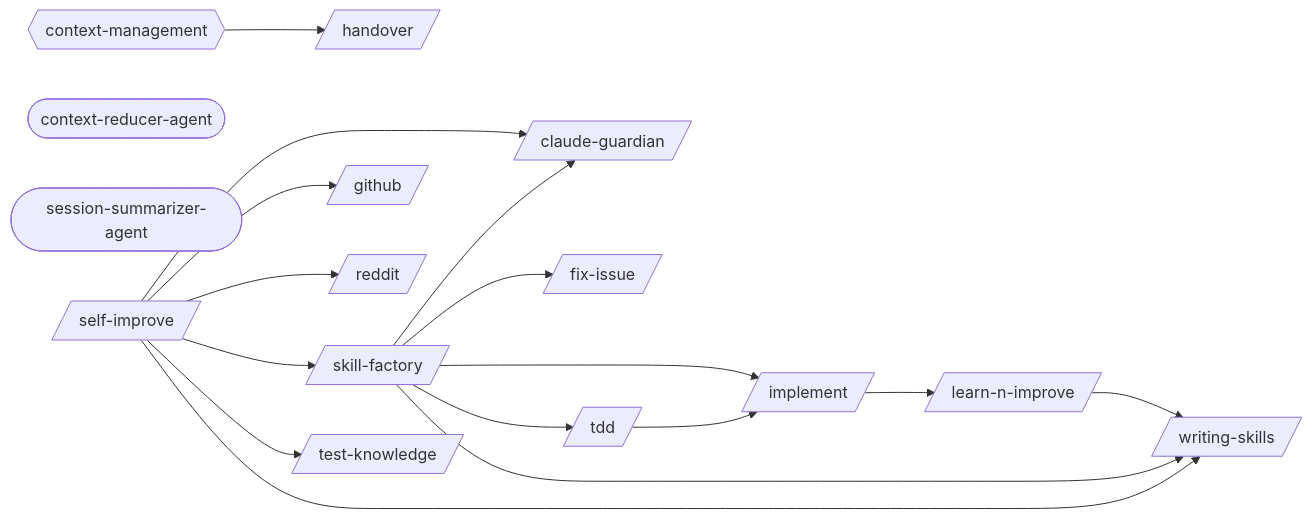
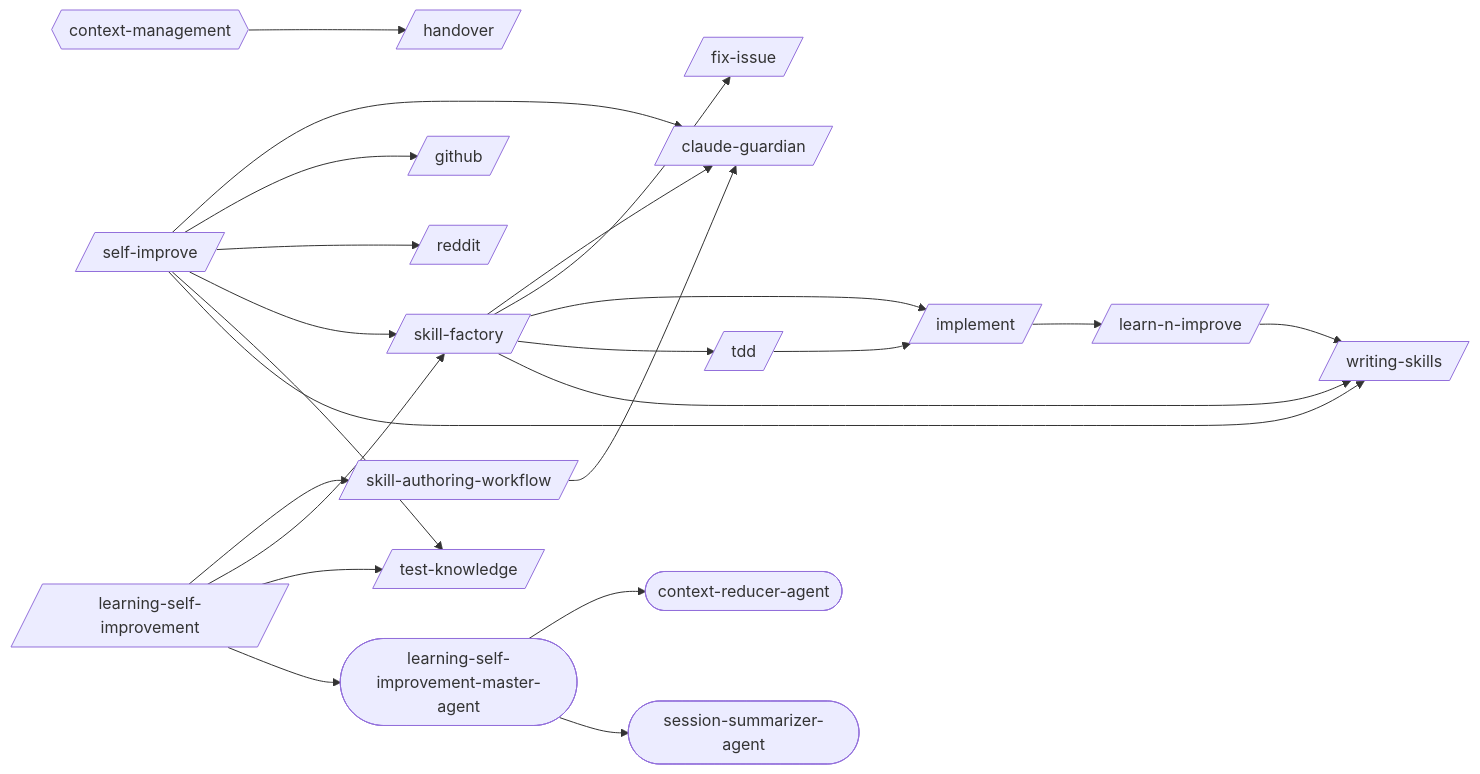
Before and after one commit to abhayla/claude-best-practices: the first of 2 diagrams in docs/workflows/learning-self-improvement.md, drawn with Mermaid. The commit also changed other lines of this file and 11 other files, not shown here.

````diff
--- a/docs/workflows/learning-self-improvement.md
+++ b/docs/workflows/learning-self-improvement.md
@@ -9,33 +9,43 @@
 ```mermaid
 graph LR
     claude_guardian[/claude-guardian/]
     fix_issue[/fix-issue/]
     github[/github/]
     handover[/handover/]
     implement[/implement/]
     learn_n_improve[/learn-n-improve/]
+    learning_self_improvement[/learning-self-improvement/]
     reddit[/reddit/]
     self_improve[/self-improve/]
+    skill_authoring_workflow[/skill-authoring-workflow/]
     skill_factory[/skill-factory/]
     tdd[/tdd/]
     test_knowledge[/test-knowledge/]
     writing_skills[/writing-skills/]
     context_reducer_agent([context-reducer-agent])
+    learning_self_improvement_master_agent([learning-self-improvement-master-agent])
     session_summarizer_agent([session-summarizer-agent])
     context_management{{context-management}}
     implement --> learn_n_improve
     learn_n_improve --> writing_skills
+    learning_self_improvement --> skill_authoring_workflow
+    learning_self_improvement --> skill_factory
+    learning_self_improvement --> test_knowledge
+    learning_self_improvement --> learning_self_improvement_master_agent
+    skill_authoring_workflow --> claude_guardian
     skill_factory --> claude_guardian
     skill_factory --> fix_issue
     skill_factory --> implement
     skill_factory --> tdd
     skill_factory --> writing_skills
     tdd --> implement
     self_improve --> claude_guardian
     self_improve --> github
     self_improve --> reddit
     self_improve --> skill_factory
     self_improve --> test_knowledge
     self_improve --> writing_skills
+    learning_self_improvement_master_agent --> context_reducer_agent
+    learning_self_improvement_master_agent --> session_summarizer_agent
     context_management --> handover
 ```
````
